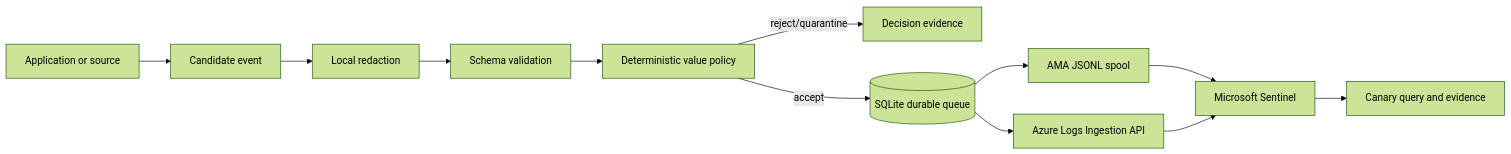
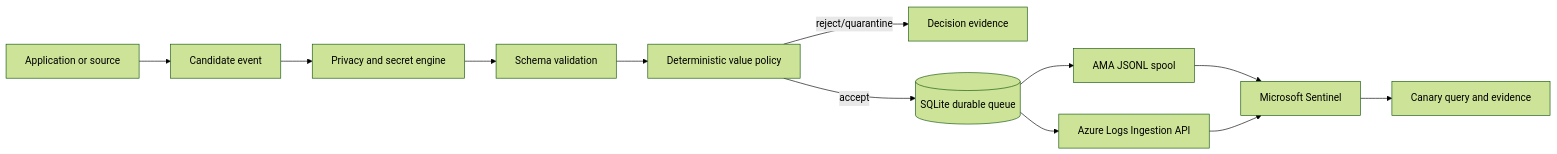
The diagram in README.md (jusso-dev/Bower), drawn with Mermaid (forest theme) before and after one commit. The commit also changed other lines of this file, not shown here.

First line of the commit message:
docs(readme): call out Australian privacy engine focus (#20)

````diff
--- a/README.md
+++ b/README.md
@@ -47,14 +78,14 @@
 ```mermaid
 flowchart LR
     A[Application or source] --> B[Candidate event]
-    B --> C[Local redaction]
+    B --> C[Privacy and secret engine]
     C --> D[Schema validation]
     D --> E[Deterministic value policy]
     E -->|reject/quarantine| F[Decision evidence]
     E -->|accept| G[(SQLite durable queue)]
     G --> H[AMA JSONL spool]
     G --> I[Azure Logs Ingestion API]
     H --> J[Microsoft Sentinel]
     I --> J
     J --> K[Canary query and evidence]
 ```
````
